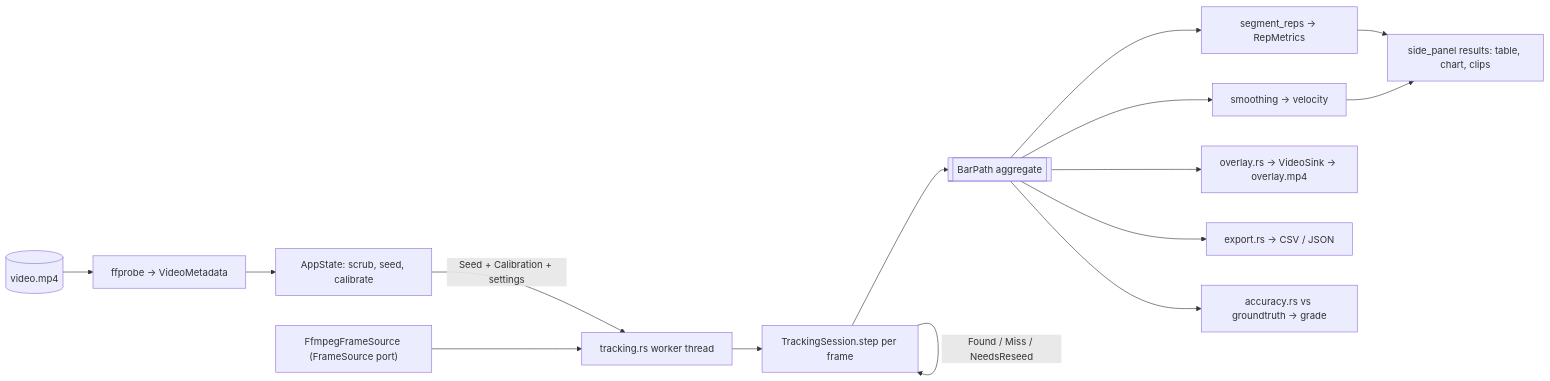
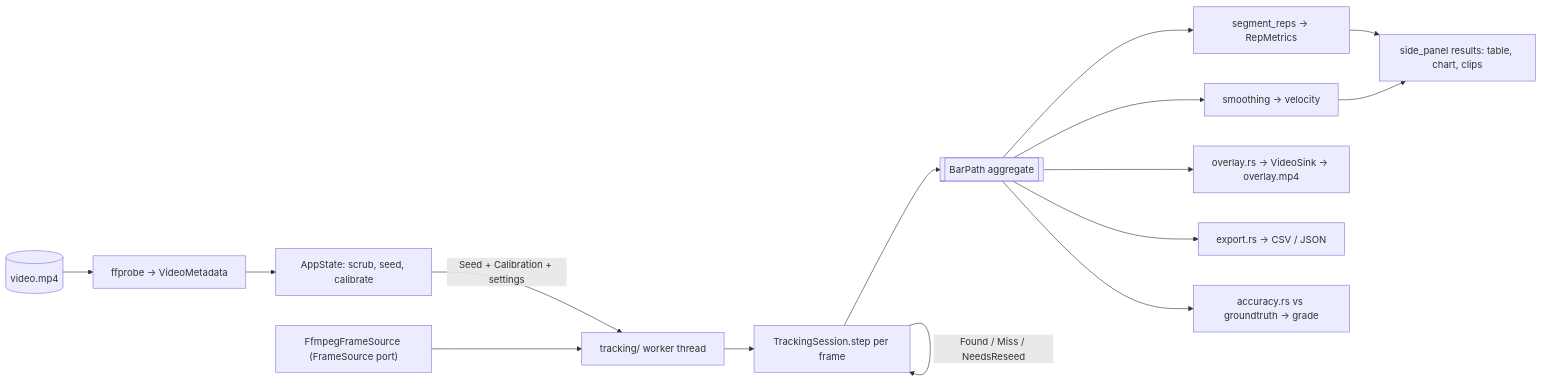
One commit to amadeu01/image-tracker changed the second of 3 diagrams in docs/architecture.md. Above: the diagram before and after it, drawn with Mermaid. The commit also changed other lines of this file and 4 other files, not shown here.

````diff
--- a/docs/architecture.md
+++ b/docs/architecture.md
@@ -342,17 +377,17 @@
 ```mermaid
 graph LR
-    MP4[("video.mp4")] --> Probe["ffprobe → VideoMetadata"]
+    MP4[("video.mp4")] --> Probe["ffprobe -> VideoMetadata"]
     Probe --> UI["AppState: scrub, seed, calibrate"]
-    UI -->|Seed + Calibration + settings| Worker["tracking.rs worker thread"]
+    UI -->|Seed + Calibration + settings| Worker["tracking/ worker thread"]
     Src["FfmpegFrameSource (FrameSource port)"] --> Worker
     Worker --> Sess["TrackingSession.step per frame"]
     Sess -->|Found / Miss / NeedsReseed| Sess
     Sess --> BP[["BarPath aggregate"]]
-    BP --> Reps["segment_reps → RepMetrics"]
-    BP --> Vel["smoothing → velocity"]
-    BP --> Ov["overlay.rs → VideoSink → overlay.mp4"]
-    BP --> Exp["export.rs → CSV / JSON"]
-    BP --> Grade["accuracy.rs vs groundtruth → grade"]
+    BP --> Reps["segment_reps -> RepMetrics"]
+    BP --> Vel["smoothing -> velocity"]
+    BP --> Ov["overlay.rs -> VideoSink -> overlay.mp4"]
+    BP --> Exp["export.rs -> CSV / JSON"]
+    BP --> Grade["accuracy.rs vs groundtruth -> grade"]
     Reps --> Panel["side_panel results: table, chart, clips"]
     Vel --> Panel
 ```
````
